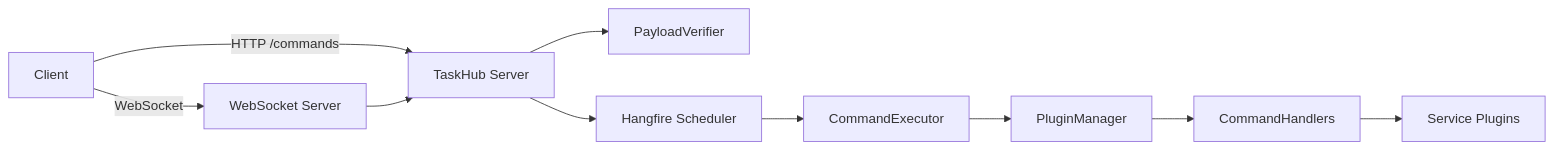
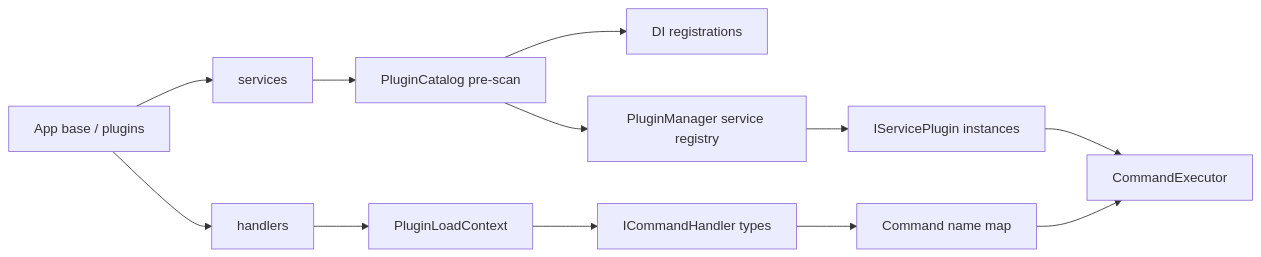
One commit to Robert-LTH/TaskHub changed the third of 6 diagrams in README.md. Above: the diagram before and after it, drawn with Mermaid. The commit also changed other lines of this file, not shown here.

````diff
--- a/README.md
+++ b/README.md
@@ -27,12 +86,17 @@
 ```mermaid
 flowchart LR
-    client[Client] -->|HTTP /commands| api[TaskHub Server]
-    client -->|WebSocket| ws[WebSocket Server]
-    ws --> api
-    api --> verifier[PayloadVerifier]
-    api --> hangfire[Hangfire Scheduler]
-    hangfire --> executor[CommandExecutor]
-    executor --> manager[PluginManager]
-    manager --> handlers[CommandHandlers]
-    handlers --> services[Service Plugins]
+    root[App base / plugins] --> servicesRoot[services]
+    root --> handlersRoot[handlers]
+
+    servicesRoot --> catalog[PluginCatalog pre-scan]
+    catalog --> di[DI registrations]
+    catalog --> managerServices[PluginManager service registry]
+
+    handlersRoot --> loadContext[PluginLoadContext]
+    loadContext --> handlerTypes[ICommandHandler types]
+    handlerTypes --> commandMap[Command name map]
+
+    managerServices --> serviceInstances[IServicePlugin instances]
+    commandMap --> executor[CommandExecutor]
+    serviceInstances --> executor
 ```
````
